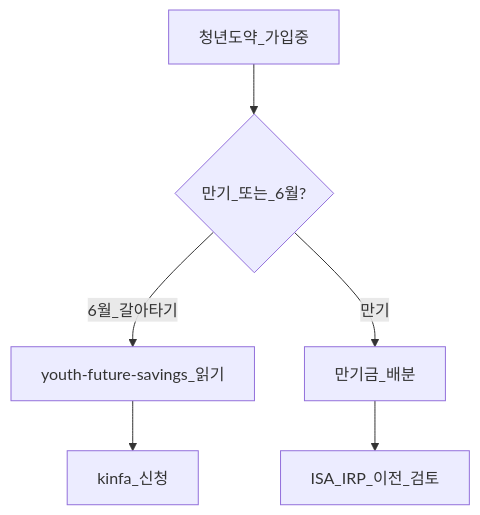
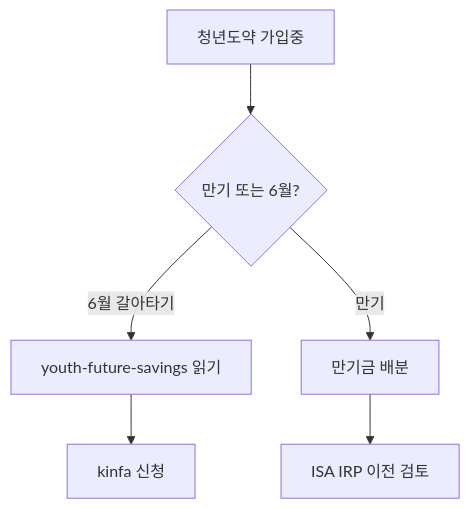
Before and after one commit to goldanghenry/Finances: the third of 3 diagrams in 06-korea-policy/youth-leap-account.md, drawn with Mermaid. The commit also changed other lines of this file and 211 other files, not shown here.

````diff
--- a/06-korea-policy/youth-leap-account.md
+++ b/06-korea-policy/youth-leap-account.md
@@ -195,8 +208,8 @@
 ```mermaid
 flowchart TD
-  Leap[청년도약_가입중] --> Due{만기_또는_6월?}
-  Due -->|6월_갈아타기| Read[youth-future-savings_읽기]
-  Read --> Kinfa[kinfa_신청]
-  Due -->|만기| Mature[만기금_배분]
-  Mature --> ISA[ISA_IRP_이전_검토]
+  Leap["청년도약 가입중"] --> Due{"만기 또는 6월?"}
+  Due -->|"6월 갈아타기"| Read["youth-future-savings 읽기"]
+  Read --> Kinfa["kinfa 신청"]
+  Due -->|만기| Mature["만기금 배분"]
+  Mature --> ISA["ISA IRP 이전 검토"]
 ```
````
